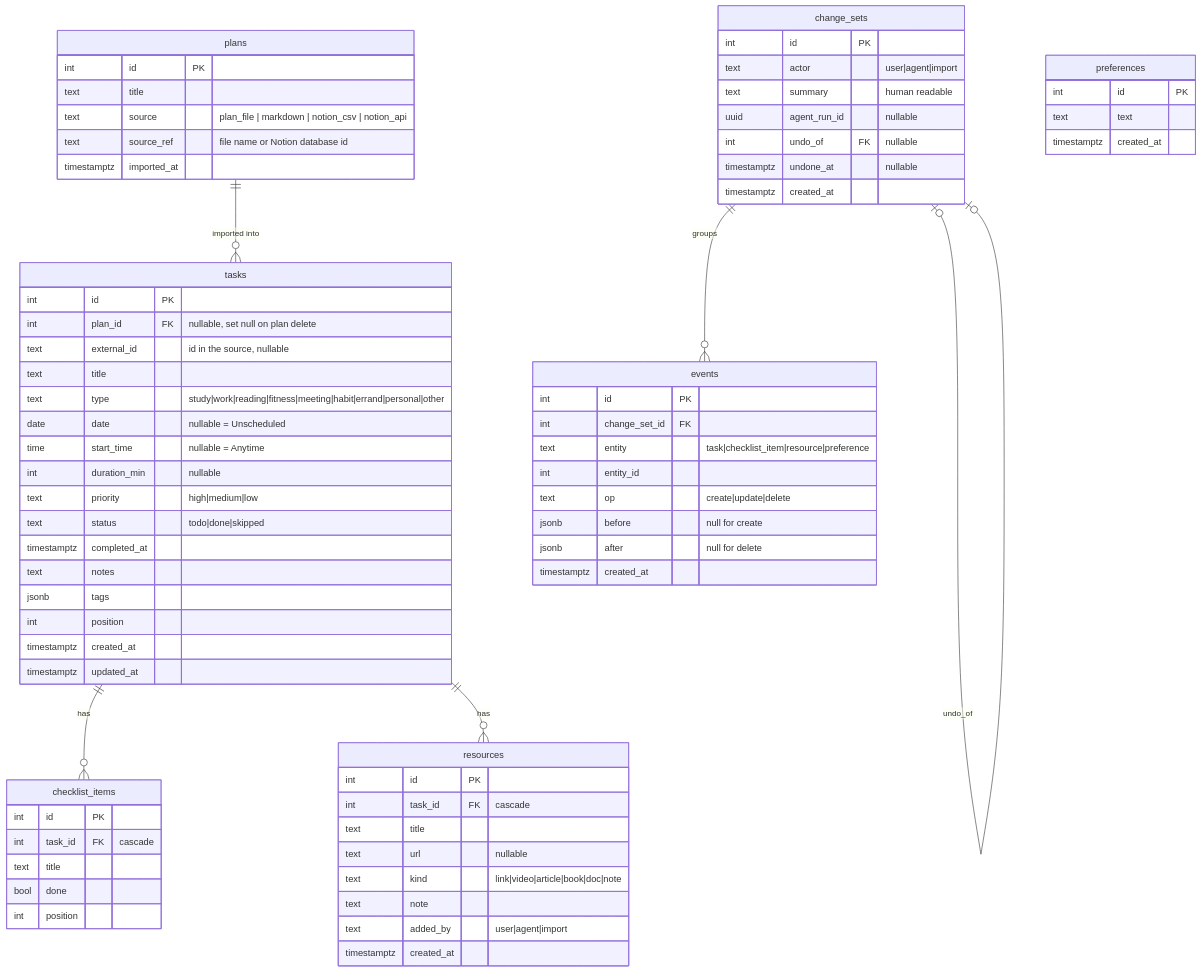
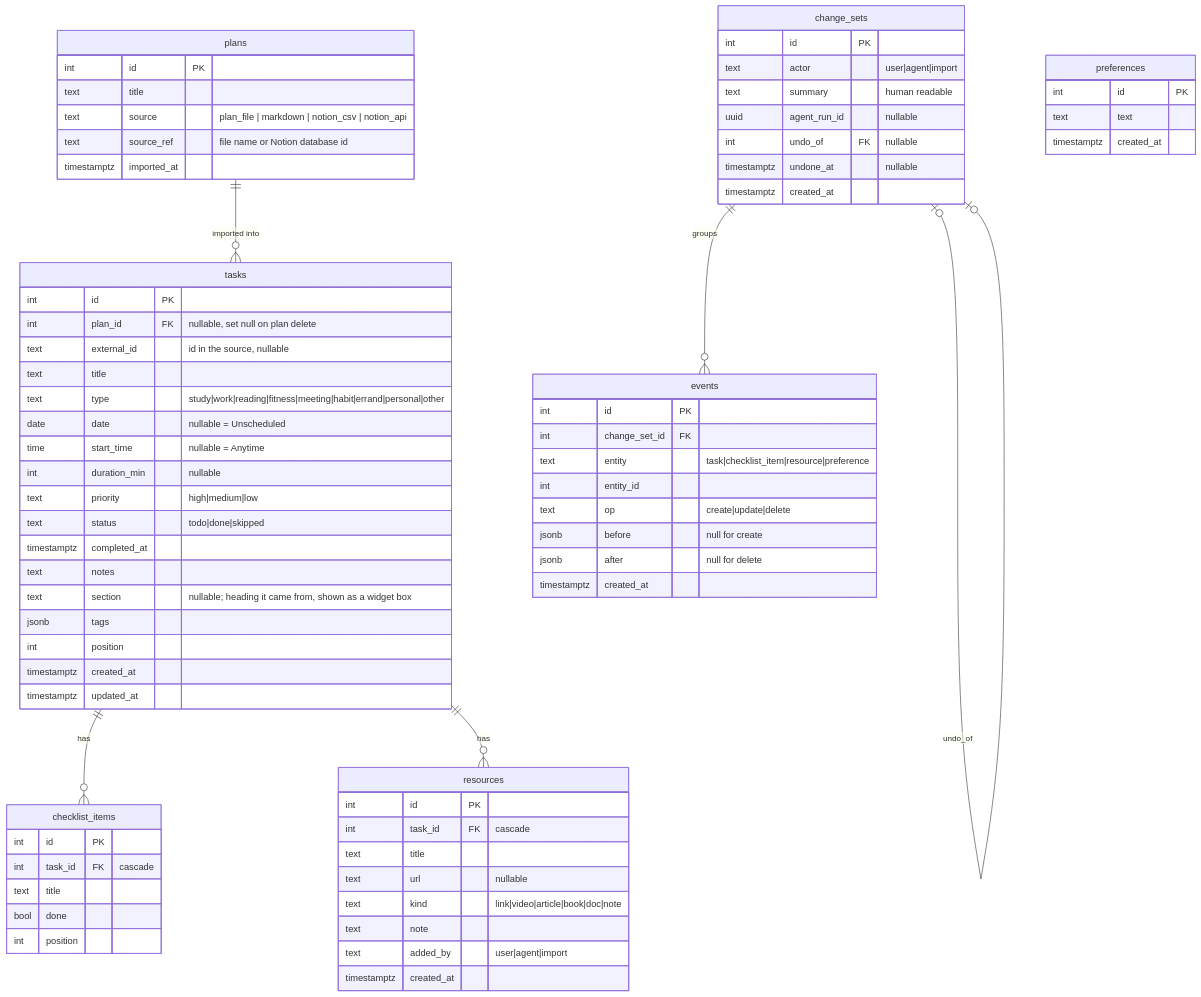
One commit to saksham-eng560/BetterPlanly changed the diagram in docs/DATA_MODEL.md. Above: the diagram before and after it, drawn with Mermaid. The commit also changed 35 other files, not shown here.

First line of the commit message:
Import Notion week pages and show each section as a widget box

````diff
--- a/docs/DATA_MODEL.md
+++ b/docs/DATA_MODEL.md
@@ -5,75 +5,76 @@
 ```mermaid
 erDiagram
   plans ||--o{ tasks : "imported into"
   tasks ||--o{ checklist_items : has
   tasks ||--o{ resources : has
   change_sets ||--o{ events : groups
   change_sets |o--o| change_sets : "undo_of"
 
   plans {
     int id PK
     text title
     text source "plan_file | markdown | notion_csv | notion_api"
     text source_ref "file name or Notion database id"
     timestamptz imported_at
   }
   tasks {
     int id PK
     int plan_id FK "nullable, set null on plan delete"
     text external_id "id in the source, nullable"
     text title
     text type "study|work|reading|fitness|meeting|habit|errand|personal|other"
     date date "nullable = Unscheduled"
     time start_time "nullable = Anytime"
     int duration_min "nullable"
     text priority "high|medium|low"
     text status "todo|done|skipped"
     timestamptz completed_at
     text notes
+    text section "nullable; heading it came from, shown as a widget box"
     jsonb tags
     int position
     timestamptz created_at
     timestamptz updated_at
   }
   checklist_items {
     int id PK
     int task_id FK "cascade"
     text title
     bool done
     int position
   }
   resources {
     int id PK
     int task_id FK "cascade"
     text title
     text url "nullable"
     text kind "link|video|article|book|doc|note"
     text note
     text added_by "user|agent|import"
     timestamptz created_at
   }
   preferences {
     int id PK
     text text
     timestamptz created_at
   }
   change_sets {
     int id PK
     text actor "user|agent|import"
     text summary "human readable"
     uuid agent_run_id "nullable"
     int undo_of FK "nullable"
     timestamptz undone_at "nullable"
     timestamptz created_at
   }
   events {
     int id PK
     int change_set_id FK
     text entity "task|checklist_item|resource|preference"
     int entity_id
     text op "create|update|delete"
     jsonb before "null for create"
     jsonb after "null for delete"
     timestamptz created_at
   }
 ```
````
